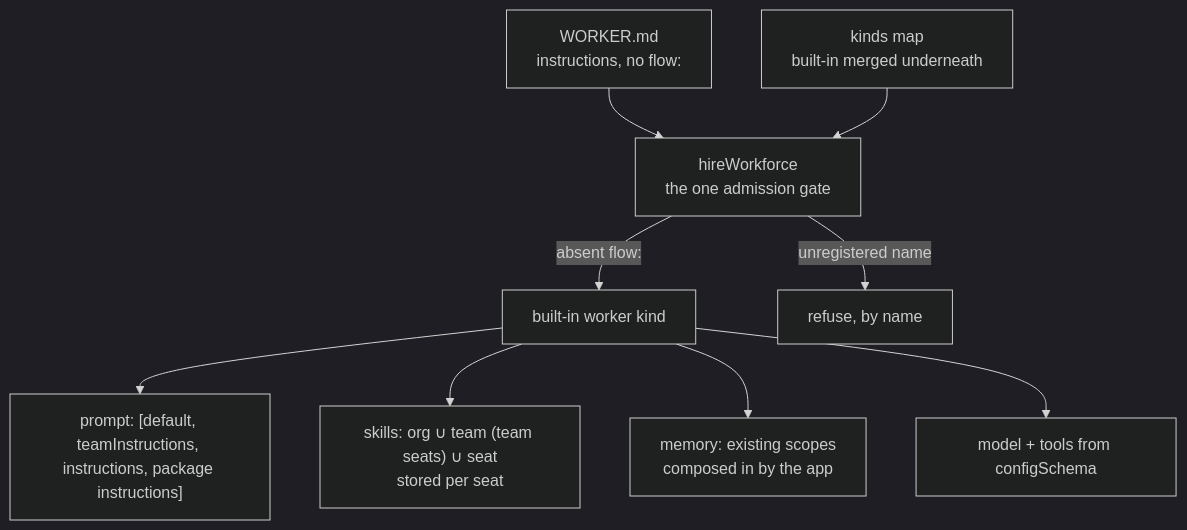
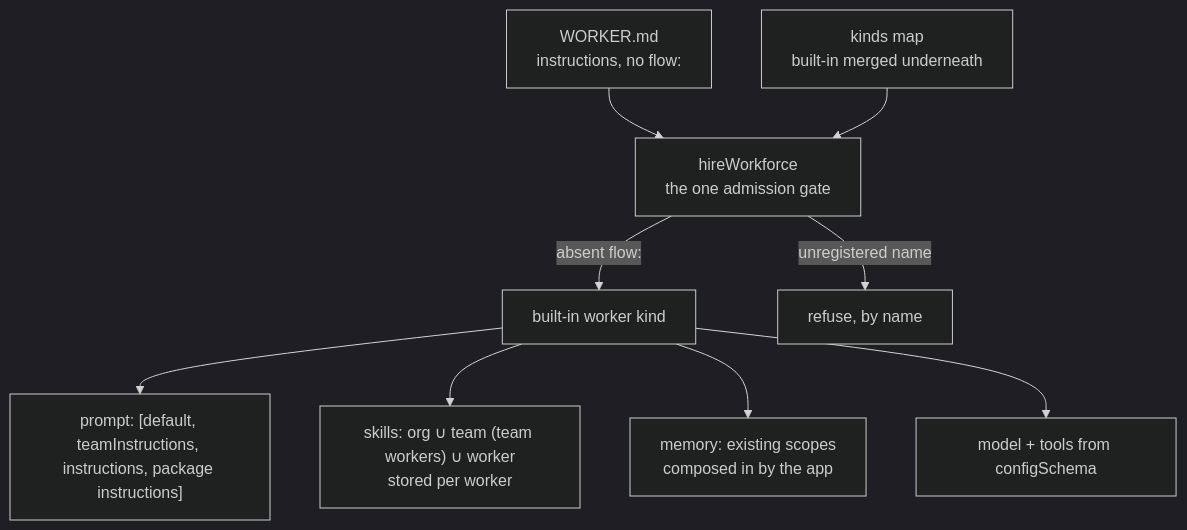
Before and after one commit to fixpoint-labs/flow-state-dev: the diagram in docs/architecture/workforce-default-worker-kind.md, drawn with Mermaid (dark theme). The commit also changed other lines of this file and 508 other files, not shown here.

First line of the commit message:
refactor: say worker for a Workforce seat, and assignee for a task board's seat

````diff
--- a/docs/architecture/workforce-default-worker-kind.md
+++ b/docs/architecture/workforce-default-worker-kind.md
@@ -44,11 +44,11 @@
 ```mermaid
 flowchart TD
   W["WORKER.md<br/>instructions, no flow:"] --> H[hireWorkforce<br/>the one admission gate]
   K["kinds map<br/>built-in merged underneath"] --> H
   H -->|absent flow:| A[built-in worker kind]
   H -->|unregistered name| X[refuse, by name]
   A --> P["prompt: [default, teamInstructions, instructions, package instructions]"]
-  A --> S["skills: org ∪ team (team seats) ∪ seat<br/>stored per seat"]
+  A --> S["skills: org ∪ team (team workers) ∪ worker<br/>stored per worker"]
   A --> M["memory: existing scopes<br/>composed in by the app"]
   A --> T[model + tools from configSchema]
 ```
````
